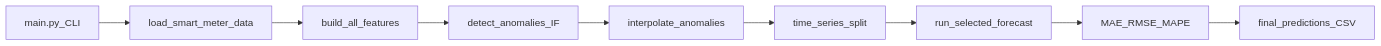
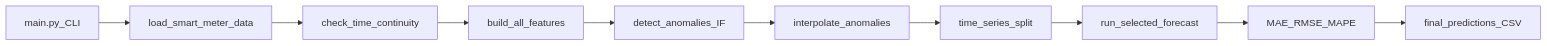
One commit to mj-weshh/energy-anomaly-forecasting changed the diagram in docs/e2e-pipeline.md. Above: the diagram before and after it, drawn with Mermaid. The commit also changed other lines of this file and 21 other files, not shown here.

````diff
--- a/docs/e2e-pipeline.md
+++ b/docs/e2e-pipeline.md
@@ -38,11 +34,12 @@
 ```mermaid
 flowchart LR
   cli[main.py_CLI] --> ingest[load_smart_meter_data]
-  ingest --> feats[build_all_features]
+  ingest --> continuity[check_time_continuity]
+  continuity --> feats[build_all_features]
   feats --> detect[detect_anomalies_IF]
   detect --> clean[interpolate_anomalies]
   clean --> split[time_series_split]
   split --> route[run_selected_forecast]
   route --> eval[MAE_RMSE_MAPE]
   eval --> export[final_predictions_CSV]
 ```
````
